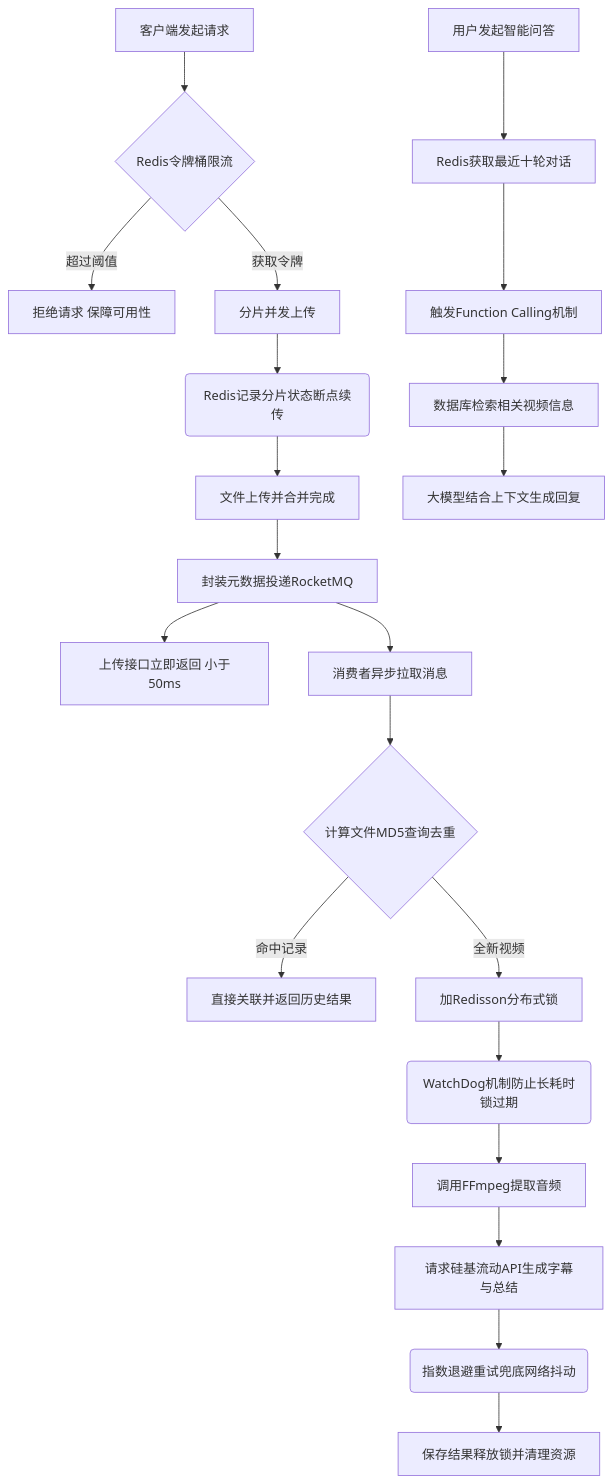
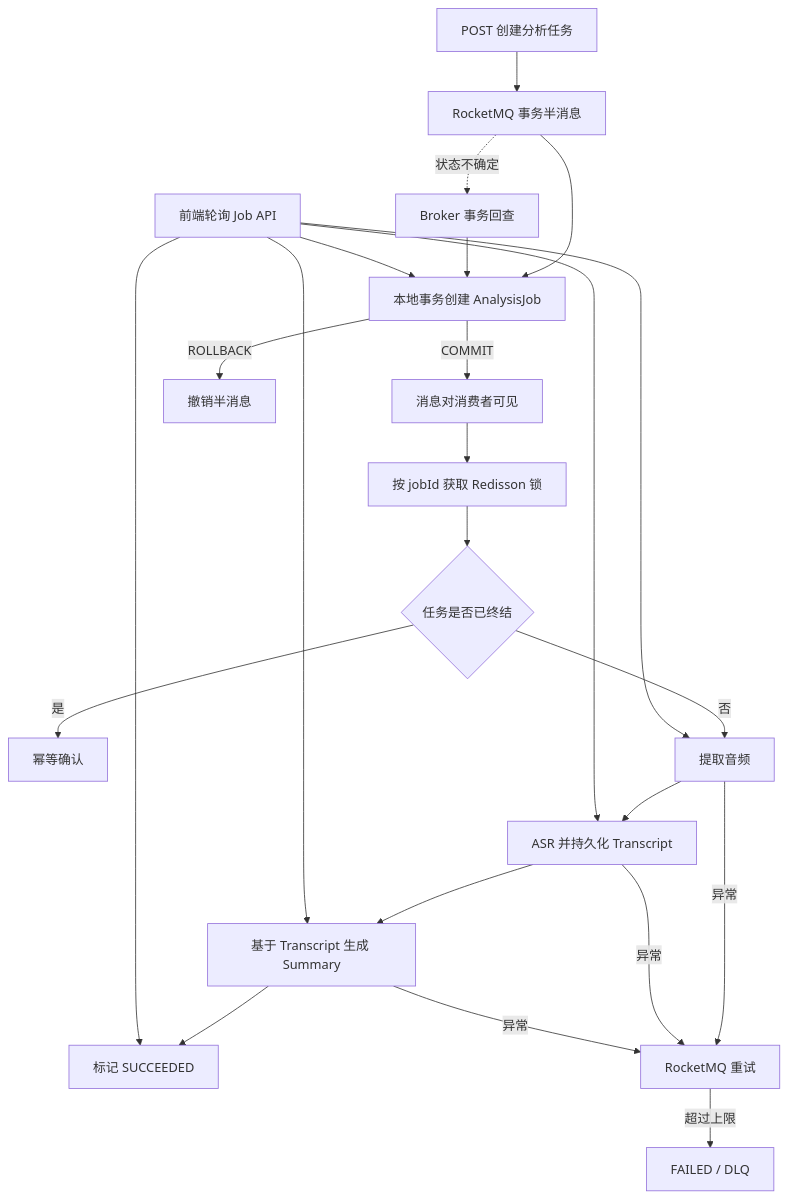
One commit to yumestk/VedioMind changed the diagram in README.md. Above: the diagram before and after it, drawn with Mermaid. The commit also changed other lines of this file and 24 other files, not shown here.

````diff
--- a/README.md
+++ b/README.md
@@ -91,27 +21,28 @@
 ```mermaid
-graph TD
-    A[客户端发起请求] --> B{Redis令牌桶限流}
-    B -- 超过阈值 --> C[拒绝请求 保障可用性]
-    B -- 获取令牌 --> D[分片并发上传]
-    D --> E(Redis记录分片状态断点续传)
-    E --> F[文件上传并合并完成]
-    
-    F --> G[封装元数据投递RocketMQ]
-    G --> H[上传接口立即返回 小于50ms]
+flowchart TD
+    A[POST 创建分析任务] --> B[RocketMQ 事务半消息]
+    B --> C[本地事务创建 AnalysisJob]
+    C -->|COMMIT| D[消息对消费者可见]
+    C -->|ROLLBACK| E[撤销半消息]
+    B -. 状态不确定 .-> F[Broker 事务回查]
+    F --> C
 
-    G --> I[消费者异步拉取消息]
-    I --> J{计算文件MD5查询去重}
-    J -- 命中记录 --> K[直接关联并返回历史结果]
-    J -- 全新视频 --> L[加Redisson分布式锁]
-    
-    L --> M(WatchDog机制防止长耗时锁过期)
-    M --> N[调用FFmpeg提取音频]
-    N --> O[请求硅基流动API生成字幕与总结]
-    O --> P(指数退避重试兜底网络抖动)
-    P --> Q[保存结果释放锁并清理资源]
+    D --> G[按 jobId 获取 Redisson 锁]
+    G --> H{任务是否已终结}
+    H -->|是| I[幂等确认]
+    H -->|否| J[提取音频]
+    J --> K[ASR 并持久化 Transcript]
+    K --> L[基于 Transcript 生成 Summary]
+    L --> M[标记 SUCCEEDED]
 
-    R[用户发起智能问答] --> S[Redis获取最近十轮对话]
-    S --> T[触发Function Calling机制]
-    T --> U[数据库检索相关视频信息]
-    U --> V[大模型结合上下文生成回复]
+    J -->|异常| N[RocketMQ 重试]
+    K -->|异常| N
+    L -->|异常| N
+    N -->|超过上限| O[FAILED / DLQ]
+
+    P[前端轮询 Job API] --> C
+    P --> J
+    P --> K
+    P --> L
+    P --> M
 ```
````
